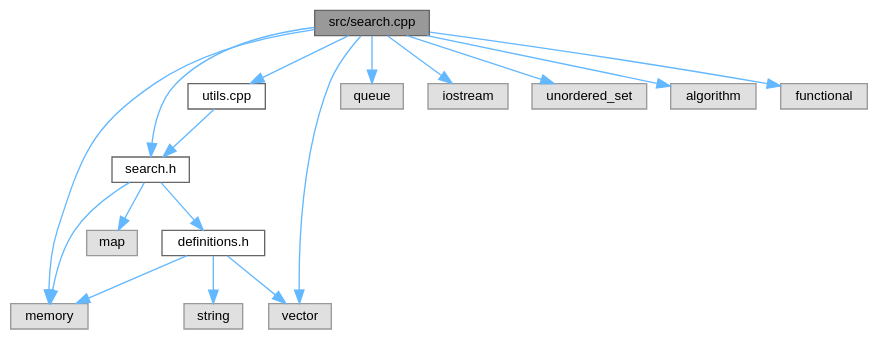
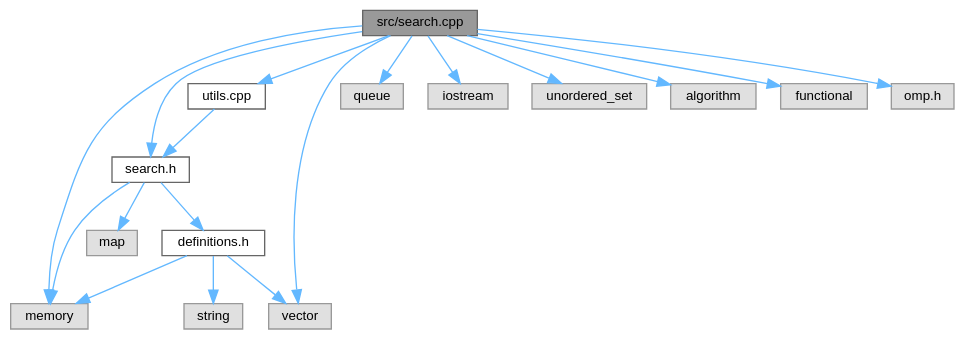
The diagram in search_8cpp__incl.dot (velocitatem/Symphony), drawn with Graphviz before and after one commit. The commit also changed 76 other files, not shown here.

```diff
--- a/search_8cpp__incl.dot
+++ b/search_8cpp__incl.dot
@@ -1,37 +1,39 @@
 digraph "src/search.cpp"
 {
  // INTERACTIVE_SVG=YES
  // LATEX_PDF_SIZE
   bgcolor="transparent";
   edge [fontname=Helvetica,fontsize=10,labelfontname=Helvetica,labelfontsize=10];
   node [fontname=Helvetica,fontsize=10,shape=box,height=0.2,width=0.4];
   Node1 [id="Node000001",label="src/search.cpp",height=0.2,width=0.4,color="gray40", fillcolor="grey60", style="filled", fontcolor="black",tooltip=" "];
   Node1 -> Node2 [id="edge1_Node000001_Node000002",color="steelblue1",style="solid",tooltip=" "];
   Node2 [id="Node000002",label="search.h",height=0.2,width=0.4,color="grey40", fillcolor="white", style="filled",URL="$search_8h.html",tooltip=" "];
   Node2 -> Node3 [id="edge2_Node000002_Node000003",color="steelblue1",style="solid",tooltip=" "];
   Node3 [id="Node000003",label="map",height=0.2,width=0.4,color="grey60", fillcolor="#E0E0E0", style="filled",tooltip=" "];
   Node2 -> Node4 [id="edge3_Node000002_Node000004",color="steelblue1",style="solid",tooltip=" "];
   Node4 [id="Node000004",label="definitions.h",height=0.2,width=0.4,color="grey40", fillcolor="white", style="filled",URL="$definitions_8h.html",tooltip="Abstract classes for states, actions, and problems that need to be implemented by the user."];
   Node4 -> Node5 [id="edge4_Node000004_Node000005",color="steelblue1",style="solid",tooltip=" "];
   Node5 [id="Node000005",label="string",height=0.2,width=0.4,color="grey60", fillcolor="#E0E0E0", style="filled",tooltip=" "];
   Node4 -> Node6 [id="edge5_Node000004_Node000006",color="steelblue1",style="solid",tooltip=" "];
   Node6 [id="Node000006",label="vector",height=0.2,width=0.4,color="grey60", fillcolor="#E0E0E0", style="filled",tooltip=" "];
   Node4 -> Node7 [id="edge6_Node000004_Node000007",color="steelblue1",style="solid",tooltip=" "];
   Node7 [id="Node000007",label="memory",height=0.2,width=0.4,color="grey60", fillcolor="#E0E0E0", style="filled",tooltip=" "];
   Node2 -> Node7 [id="edge7_Node000002_Node000007",color="steelblue1",style="solid",tooltip=" "];
   Node1 -> Node8 [id="edge8_Node000001_Node000008",color="steelblue1",style="solid",tooltip=" "];
   Node8 [id="Node000008",label="utils.cpp",height=0.2,width=0.4,color="grey40", fillcolor="white", style="filled",URL="$utils_8cpp.html",tooltip=" "];
   Node8 -> Node2 [id="edge9_Node000008_Node000002",color="steelblue1",style="solid",tooltip=" "];
   Node1 -> Node9 [id="edge10_Node000001_Node000009",color="steelblue1",style="solid",tooltip=" "];
   Node9 [id="Node000009",label="queue",height=0.2,width=0.4,color="grey60", fillcolor="#E0E0E0", style="filled",tooltip=" "];
   Node1 -> Node7 [id="edge11_Node000001_Node000007",color="steelblue1",style="solid",tooltip=" "];
   Node1 -> Node10 [id="edge12_Node000001_Node000010",color="steelblue1",style="solid",tooltip=" "];
   Node10 [id="Node000010",label="iostream",height=0.2,width=0.4,color="grey60", fillcolor="#E0E0E0", style="filled",tooltip=" "];
   Node1 -> Node11 [id="edge13_Node000001_Node000011",color="steelblue1",style="solid",tooltip=" "];
   Node11 [id="Node000011",label="unordered_set",height=0.2,width=0.4,color="grey60", fillcolor="#E0E0E0", style="filled",tooltip=" "];
   Node1 -> Node12 [id="edge14_Node000001_Node000012",color="steelblue1",style="solid",tooltip=" "];
   Node12 [id="Node000012",label="algorithm",height=0.2,width=0.4,color="grey60", fillcolor="#E0E0E0", style="filled",tooltip=" "];
   Node1 -> Node6 [id="edge15_Node000001_Node000006",color="steelblue1",style="solid",tooltip=" "];
   Node1 -> Node13 [id="edge16_Node000001_Node000013",color="steelblue1",style="solid",tooltip=" "];
   Node13 [id="Node000013",label="functional",height=0.2,width=0.4,color="grey60", fillcolor="#E0E0E0", style="filled",tooltip=" "];
+  Node1 -> Node14 [id="edge17_Node000001_Node000014",color="steelblue1",style="solid",tooltip=" "];
+  Node14 [id="Node000014",label="omp.h",height=0.2,width=0.4,color="grey60", fillcolor="#E0E0E0", style="filled",tooltip=" "];
 }
```
